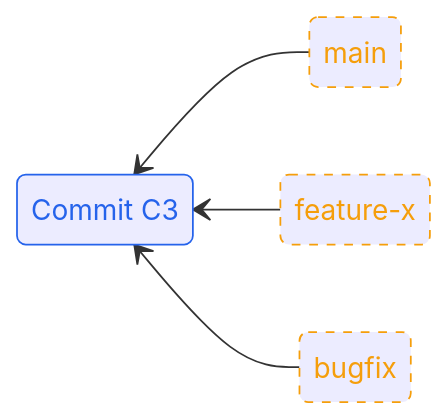
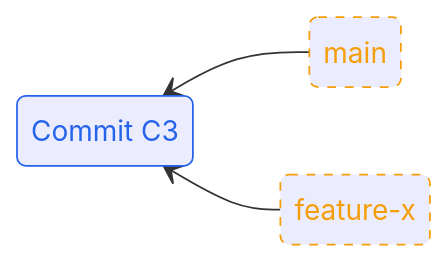
Before and after one commit to lizsalmon/iCSC-Git-talk: the third of 12 diagrams in slides.md, drawn with Mermaid. The commit also changed other lines of this file and 9 other files, not shown here.

````diff
--- a/slides.md
+++ b/slides.md
@@ -190,21 +220,19 @@
 ```mermaid
 stateDiagram-v2
   direction RL
 
   state "Commit C3" as C3
 
   state "main" as main
   state "feature-x" as fx
-  state "bugfix" as bf
 
   main --> C3
   fx --> C3
-  bf --> C3
 
   %% Styling
-  class main,fx,bf branch
+  class main,fx branch
   class C4,C3 parent
 
   classDef branch stroke:#f59e0b,stroke-dasharray: 5 5,color:#f59e0b
   classDef parent stroke:#2563eb,color:#2563eb
 ```
````
